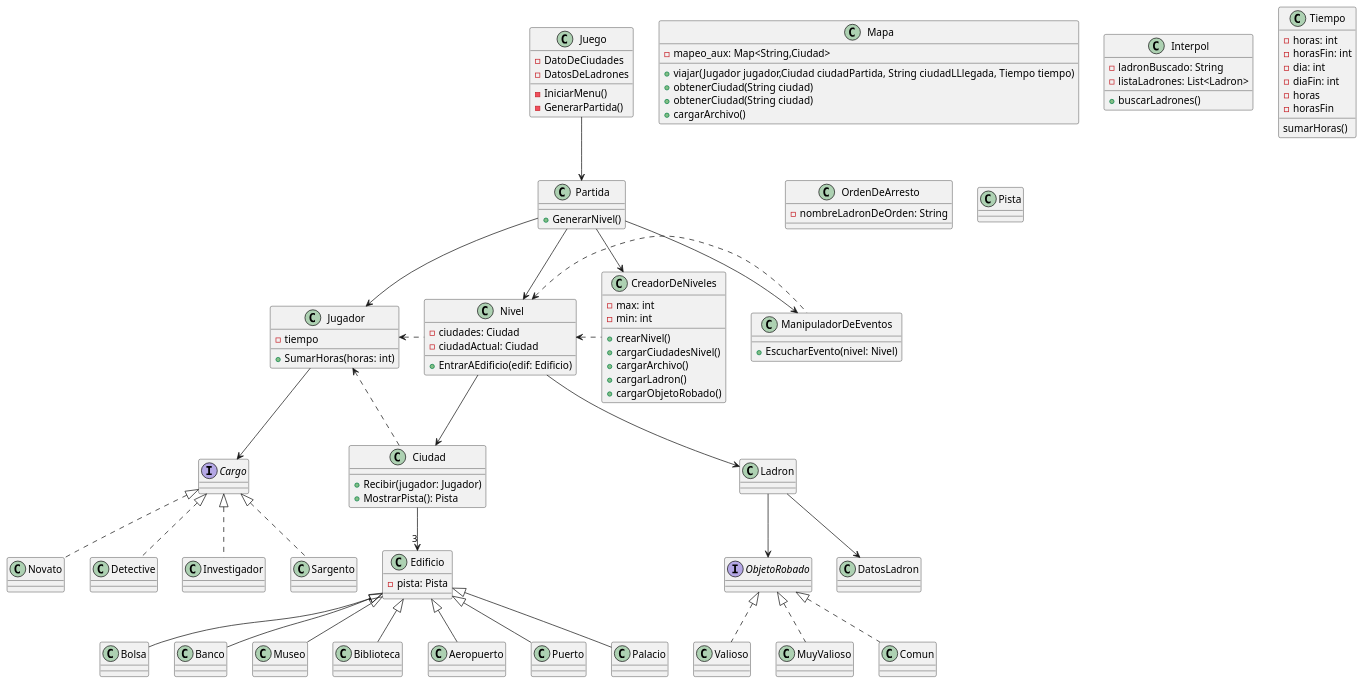
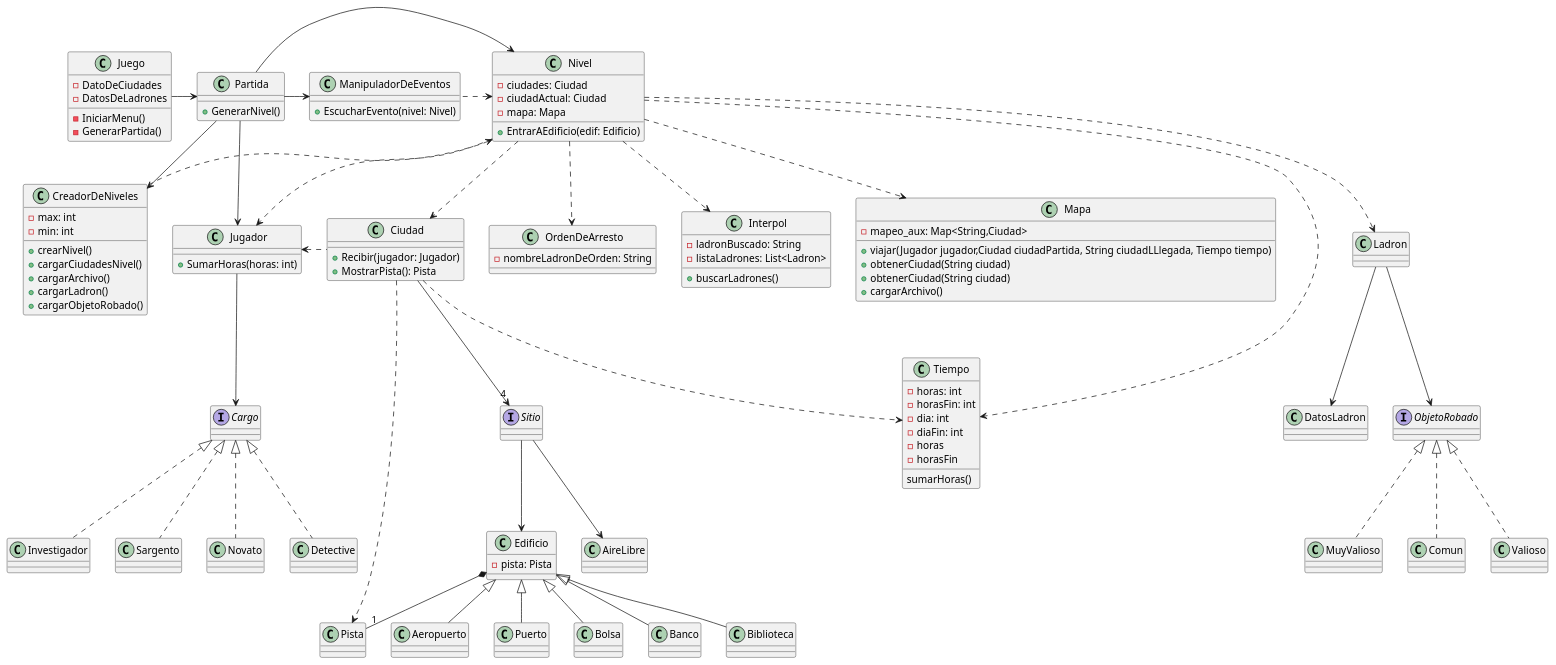
The diagram in diagrams/classes/AlgoThief_Diagrama_Clase_UML.puml (arilow/Algo3_TP2), drawn with PlantUML before and after one commit. The commit also changed 1 other file, not shown here.

Commit message:
Actualiza el diagrama de clases

```diff
--- a/diagrams/classes/AlgoThief_Diagrama_Clase_UML.puml
+++ b/diagrams/classes/AlgoThief_Diagrama_Clase_UML.puml
@@ -1,151 +1,178 @@
 @startuml algoThief
-class Juego {
-- DatoDeCiudades
-- DatosDeLadrones
+together {
+    class Juego {
+    - DatoDeCiudades
+    - DatosDeLadrones
 
-- IniciarMenu()
-- GenerarPartida()
+    - IniciarMenu()
+    - GenerarPartida()
 
+    }
+
+    class Partida {
+    ' - jugador: Jugador
+    ' - ladron: Ladron
+      + GenerarNivel()
+    }
+
+    class ManipuladorDeEventos {
+        + EscucharEvento(nivel: Nivel)
+    }
 }
 
-class Partida {
-' - jugador: Jugador
-' - ladron: Ladron
-    + GenerarNivel()
+together {
+    class Nivel {
+        - ciudades: Ciudad
+        - ciudadActual: Ciudad
+        - mapa: Mapa
+        + EntrarAEdificio(edif: Edificio)
+    }
+
+    class CreadorDeNiveles {
+        - max: int
+        - min: int
+        + crearNivel()
+        + cargarCiudadesNivel()
+        + cargarArchivo()
+        + cargarLadron()
+        + cargarObjetoRobado()
+    }
+}
+
+together {
+    class Jugador {
+        + SumarHoras(horas: int)
+    }
+
+    class Ciudad {
+        + Recibir(jugador: Jugador)
+        + MostrarPista(): Pista
+    }
+
+    class OrdenDeArresto{
+    - nombreLadronDeOrden: String
+    }
+}
+
+    class Ladron {
+    }
+class Interpol {
+    - ladronBuscado: String
+    - listaLadrones: List<Ladron>
+    + buscarLadrones()
 }
 
 class Mapa {
     - mapeo_aux: Map<String,Ciudad>
     + viajar(Jugador jugador,Ciudad ciudadPartida, String ciudadLLlegada, Tiempo tiempo)
     + obtenerCiudad(String ciudad)
     + obtenerCiudad(String ciudad)
     + cargarArchivo()
 }
 
-class Interpol {
-    - ladronBuscado: String
-    - listaLadrones: List<Ladron>
-    + buscarLadrones()
-}
 
-class Nivel {
-- ciudades: Ciudad
-- ciudadActual: Ciudad
-
-+ EntrarAEdificio(edif: Edificio)
-}
 
 class Tiempo {
     - horas: int
     - horasFin: int
     - dia: int
     - diaFin: int
 }
 
-class CreadorDeNiveles {
-    - max: int
-    - min: int
-    + crearNivel()
-    + cargarCiudadesNivel()
-    + cargarArchivo()
-    + cargarLadron()
-    + cargarObjetoRobado()
-}
 
-class ManipuladorDeEventos {
-+ EscucharEvento(nivel: Nivel)
-}
 
-class Jugador {
-    - tiempo
-    + SumarHoras(horas: int)
-}
 
-class Ciudad {
-    + Recibir(jugador: Jugador)
-    + MostrarPista(): Pista
-}
 
-class OrdenDeArresto{
-- nombreLadronDeOrden: String
-}
+
+
+
 
 
 
 class Edificio {
     - pista: Pista
 }
 
 interface Cargo{}
 class Novato{}
 class Detective{}
 class Investigador{}
 class Sargento{}
 
 class Pista{}
 
 class Aeropuerto{}
 class Puerto{}
-class Palacio{}
 class Bolsa{}
 class Banco{}
-class Museo{}
+class Biblioteca{}
 
 class Ladron{}
 class DatosLadron{}
 
 
 
 interface ObjetoRobado{}
 class Comun{}
 class Valioso{}
 class MuyValioso{}
 
 class Tiempo {
     - horas
     - horasFin
     sumarHoras()
 }
 
+interface Sitio {
+}
+
+Juego -right-> Partida
+Partida -right-> ManipuladorDeEventos
+Partida --> Nivel
+ManipuladorDeEventos .up.> Nivel
+
 Jugador --> Cargo
 
 Cargo <|.. Novato
 Cargo <|.. Detective
 Cargo <|.. Investigador
 Cargo <|.. Sargento
 
-Ciudad --> "3" Edificio
+Ciudad .down.> Tiempo
+Ciudad --> "4" Sitio
+Sitio --> AireLibre
+Sitio -->  Edificio
 Edificio <|-- Aeropuerto
 Edificio <|-- Puerto
 Edificio <|-- Biblioteca
-Edificio <|-- Palacio
 Edificio <|-- Bolsa
 Edificio <|-- Banco
-Edificio <|-- Museo
-
+Ciudad ..> Pista
+Edificio *-- "1" Pista
 Ladron --> DatosLadron
 
 ObjetoRobado <|.. Comun
 ObjetoRobado <|.. Valioso
 ObjetoRobado <|.. MuyValioso
 
-Juego --> Partida
 
-Partida --> ManipuladorDeEventos
+'Partida --> ManipuladorDeEventos
 Partida --> Jugador
-Partida --> Nivel
 Partida --> CreadorDeNiveles
 
-Nivel --> Ciudad
-Nivel --> Ladron
-Nivel <. ManipuladorDeEventos
+Nivel ..> Ciudad
+Nivel ..> Ladron
+Nivel ..> Interpol
+Nivel ..> OrdenDeArresto
+Nivel ..> Mapa
+Nivel ..> Tiempo
 
 
 CreadorDeNiveles .left> Nivel
-Jugador <. Nivel
+Jugador <.up. Nivel
+
 Jugador <. Ciudad
 
 Ladron --> ObjetoRobado
 
-
 @enduml
```
